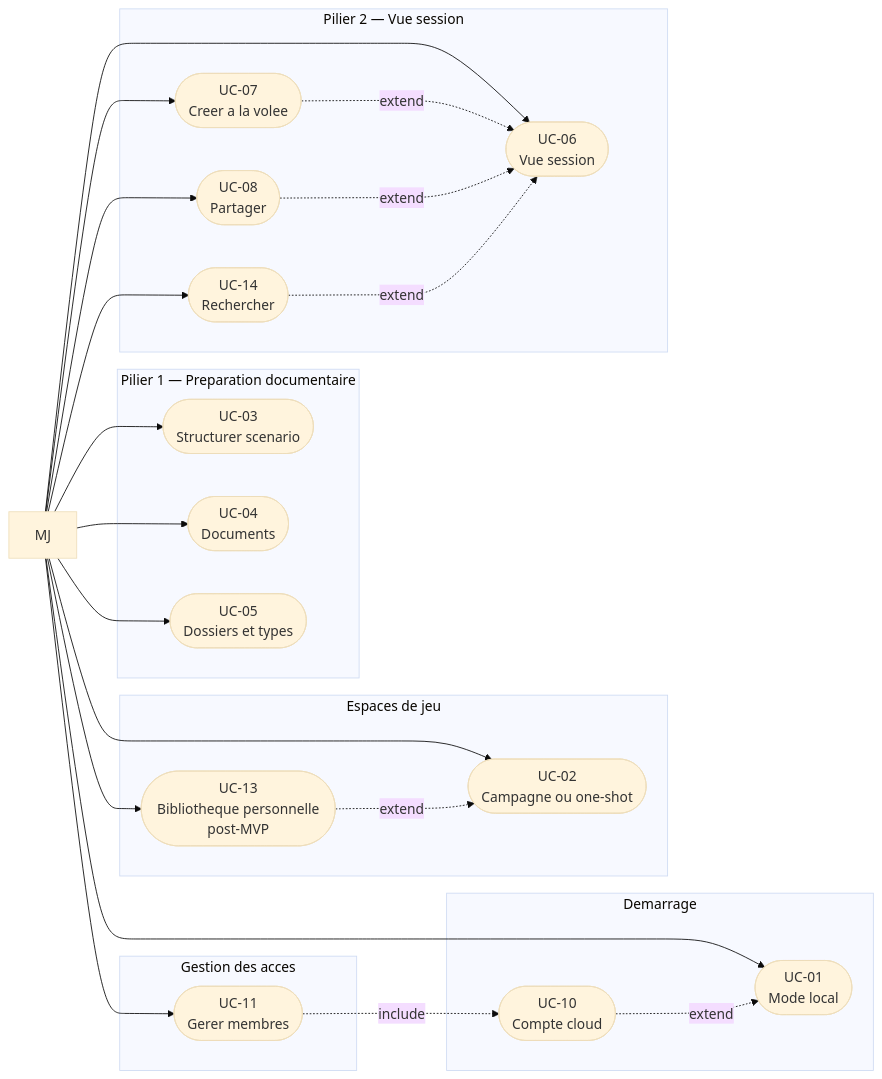
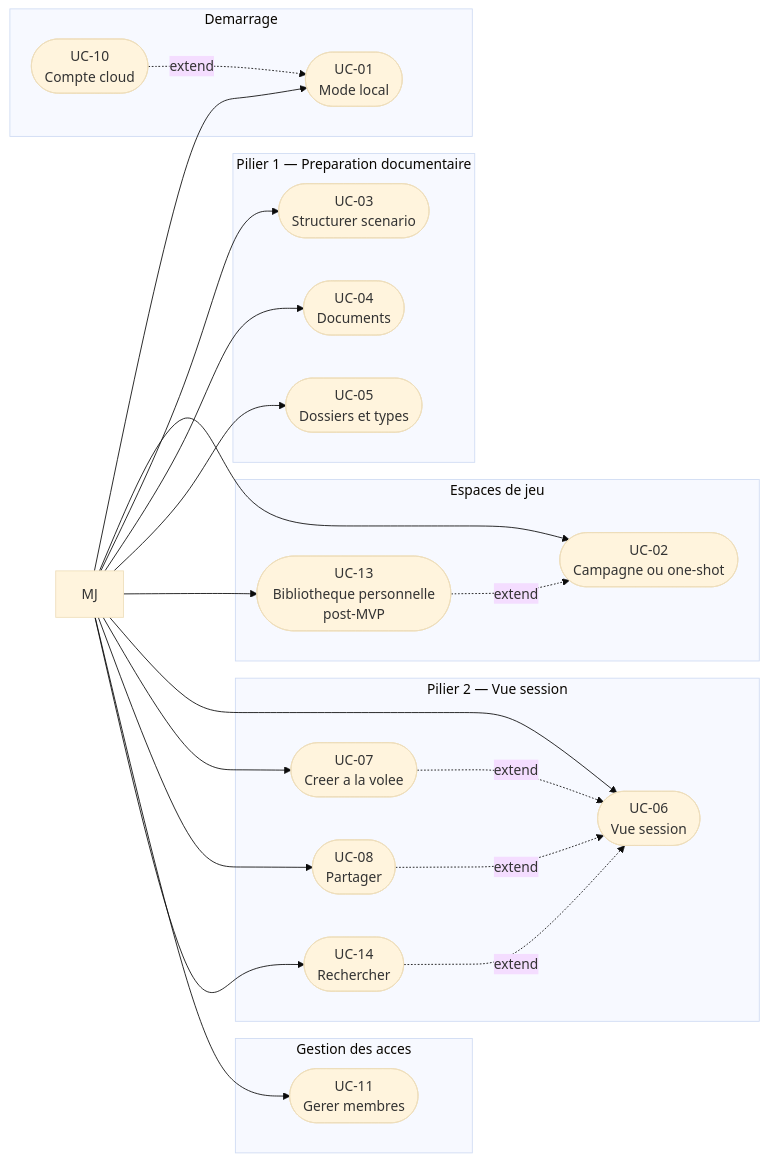
One commit to 2025-10-CDA-ECO-P6/PM-micro-saas changed the third of 5 diagrams in docs/besoin/cas-d-utilisation/diagrammes.md. Above: the diagram before and after it, drawn with Mermaid (base theme). The commit also changed other lines of this file and 2 other files, not shown here.

First line of the commit message:
docs(besoin): complète les diagrammes de cas d'utilisation et de navigation

````diff
--- a/docs/besoin/cas-d-utilisation/diagrammes.md
+++ b/docs/besoin/cas-d-utilisation/diagrammes.md
@@ -141,46 +147,45 @@
 ```mermaid
 flowchart LR
     MJ["MJ"]
 
     subgraph DEMARRAGE["Demarrage"]
         UC01(["UC-01\nMode local"])
         UC10(["UC-10\nCompte cloud"])
     end
     subgraph ESPACES["Espaces de jeu"]
         UC02(["UC-02\nCampagne ou one-shot"])
         UC13(["UC-13\nBibliotheque personnelle\npost-MVP"])
     end
     subgraph PILIER1["Pilier 1 — Preparation documentaire"]
         UC03(["UC-03\nStructurer scenario"])
         UC04(["UC-04\nDocuments"])
         UC05(["UC-05\nDossiers et types"])
     end
     subgraph PILIER2["Pilier 2 — Vue session"]
         UC06(["UC-06\nVue session"])
         UC07(["UC-07\nCreer a la volee"])
         UC08(["UC-08\nPartager"])
         UC14(["UC-14\nRechercher"])
     end
     subgraph GESTION["Gestion des acces"]
         UC11(["UC-11\nGerer membres"])
     end
 
     MJ --> UC01
     MJ --> UC02
     MJ --> UC03
     MJ --> UC04
     MJ --> UC05
     MJ --> UC13
     MJ --> UC06
     MJ --> UC07
     MJ --> UC08
     MJ --> UC11
     MJ --> UC14
 
     UC10 -.->|"extend"| UC01
     UC13 -.->|"extend"| UC02
-    UC11 -.->|"include"| UC10
     UC07 -.->|"extend"| UC06
     UC08 -.->|"extend"| UC06
     UC14 -.->|"extend"| UC06
 ```
````
